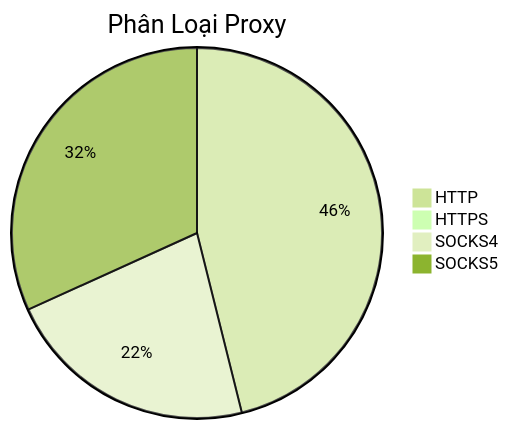
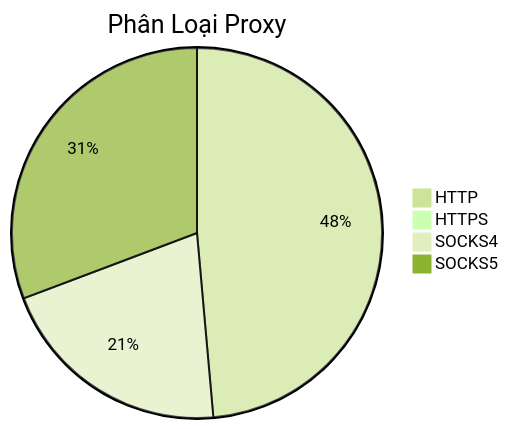
The diagram in README.md (Ciara-12/PROXY-free), drawn with Mermaid (forest theme) before and after one commit. The commit also changed other lines of this file and 4 other files, not shown here.

````diff
--- a/README.md
+++ b/README.md
@@ -26,7 +26,7 @@
 ```mermaid
 pie title Phân Loại Proxy
-    "HTTP" : 444
-    "HTTPS" : 0
-    "SOCKS4" : 213
-    "SOCKS5" : 306
+    "HTTP" : 517
+    "HTTPS" : 2
+    "SOCKS4" : 220
+    "SOCKS5" : 327
 ```
````
